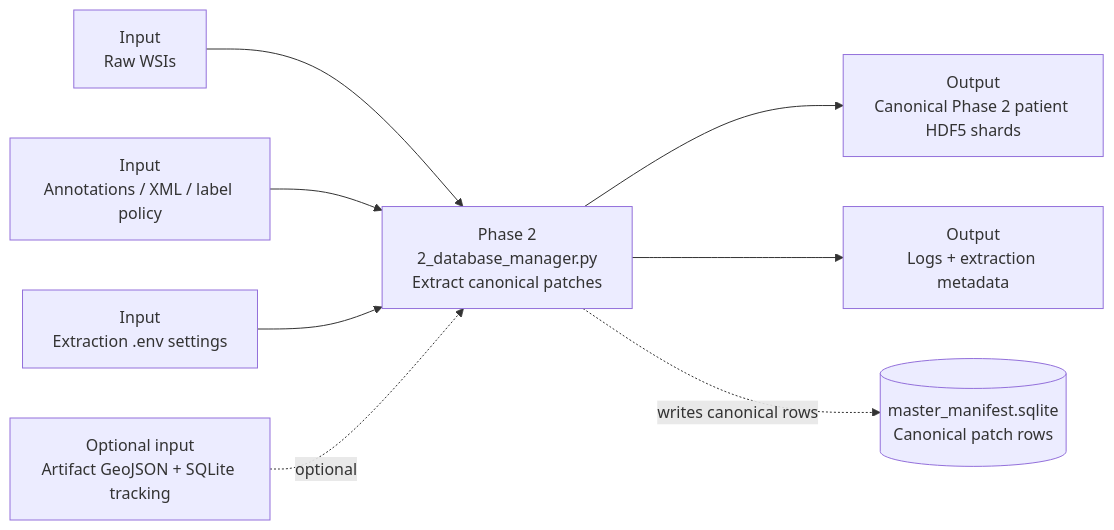
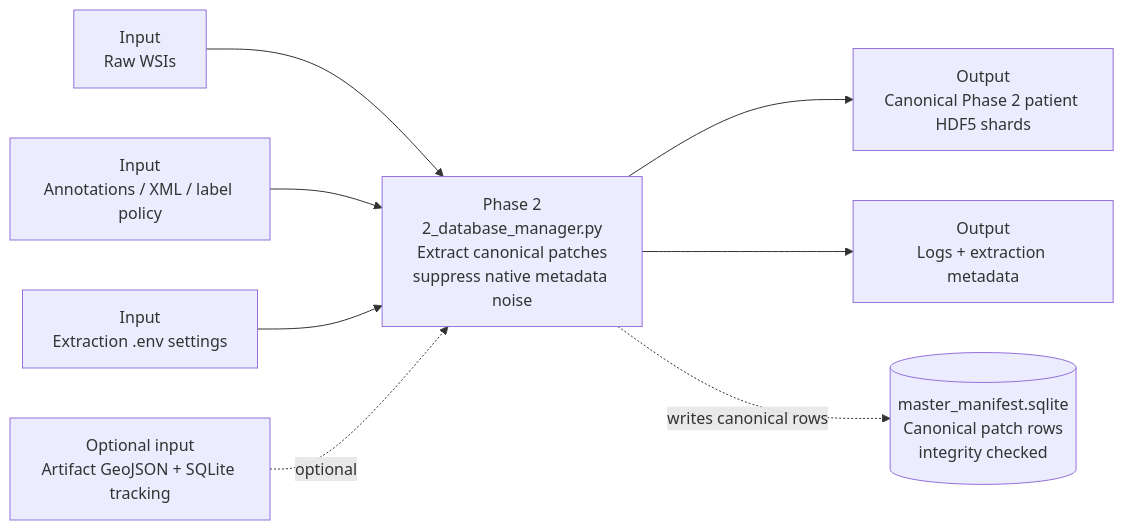
The diagram in MERMAID/phase_2_patch_extraction.mermaid (bhnunes/Master_Coding), drawn with Mermaid before and after one commit. The commit also changed 16 other files, not shown here.

```diff
--- a/MERMAID/phase_2_patch_extraction.mermaid
+++ b/MERMAID/phase_2_patch_extraction.mermaid
@@ -1,17 +1,17 @@
 flowchart LR
     wsi[Input<br/>Raw WSIs]
     annotations[Input<br/>Annotations / XML / label policy]
     env[Input<br/>Extraction .env settings]
     artifact_meta[Optional input<br/>Artifact GeoJSON + SQLite tracking]
-    p2[Phase 2<br/>2_database_manager.py<br/>Extract canonical patches]
+    p2[Phase 2<br/>2_database_manager.py<br/>Extract canonical patches<br/>suppress native metadata noise]
     shards[Output<br/>Canonical Phase 2 patient HDF5 shards]
-    manifest[(master_manifest.sqlite<br/>Canonical patch rows)]
+    manifest[(master_manifest.sqlite<br/>Canonical patch rows<br/>integrity checked)]
     stage2_sidecars[Output<br/>Logs + extraction metadata]
 
     wsi --> p2
     annotations --> p2
     env --> p2
     artifact_meta -. optional .-> p2
     p2 --> shards
     p2 --> stage2_sidecars
     p2 -. writes canonical rows .-> manifest
```
